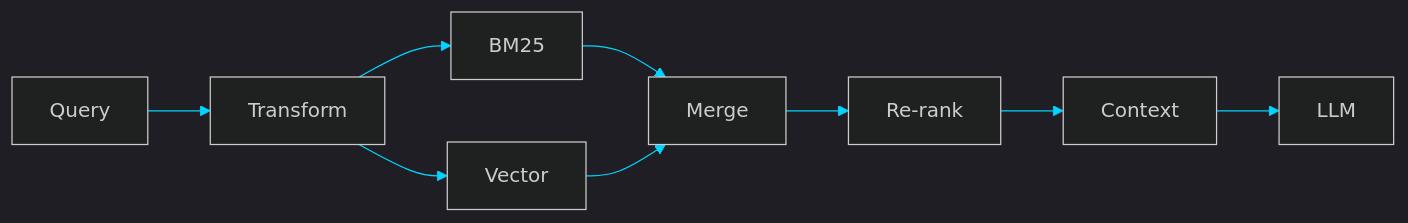
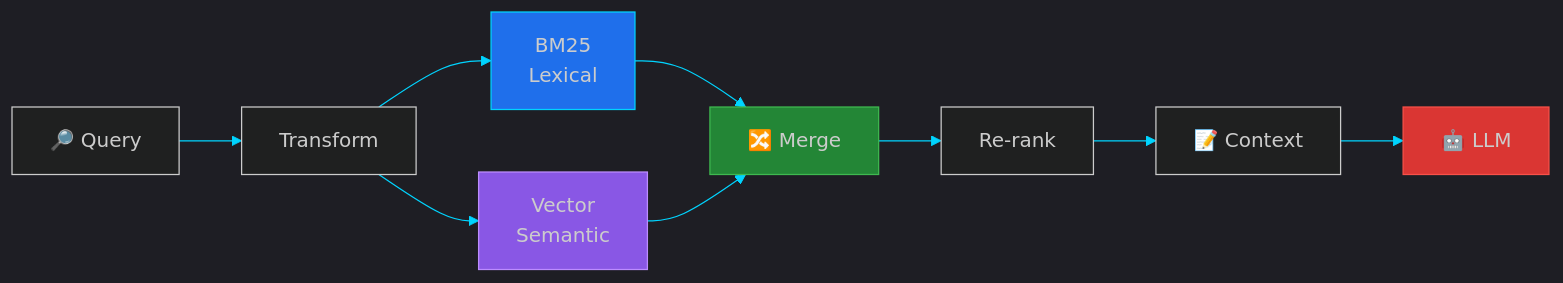
One commit to rishi-sangare/rishi-sangare changed the second of 4 diagrams in README.md. Above: the diagram before and after it, drawn with Mermaid. The commit also changed other lines of this file, not shown here.

````diff
--- a/README.md
+++ b/README.md
@@ -93,12 +144,17 @@
 ```mermaid
-%%{init: {'theme': 'dark', 'themeVariables': { 'primaryColor': '#3fb950', 'primaryTextColor': '#fff', 'lineColor': '#00d4ff'}}}%%
+%%{init: {'theme': 'dark', 'themeVariables': { 'primaryColor': '#3fb950', 'tertiaryColor': '#161b22', 'lineColor': '#00d4ff'}}}%%
 flowchart LR
-    Q[Query] --> T[Transform]
-    T --> B[BM25]
-    T --> V[Vector]
-    B --> M[Merge]
+    Q[🔎 Query] --> T[Transform]
+    T --> B[BM25<br/>Lexical]
+    T --> V[Vector<br/>Semantic]
+    B --> M[🔀 Merge]
     V --> M
     M --> R[Re-rank]
-    R --> C[Context]
-    C --> L[LLM]
+    R --> C[📝 Context]
+    C --> L[🤖 LLM]
+    
+    style B fill:#1f6feb,stroke:#00d4ff
+    style V fill:#8957e5,stroke:#bc8cff
+    style M fill:#238636,stroke:#3fb950
+    style L fill:#da3633,stroke:#f85149
 ```
````
